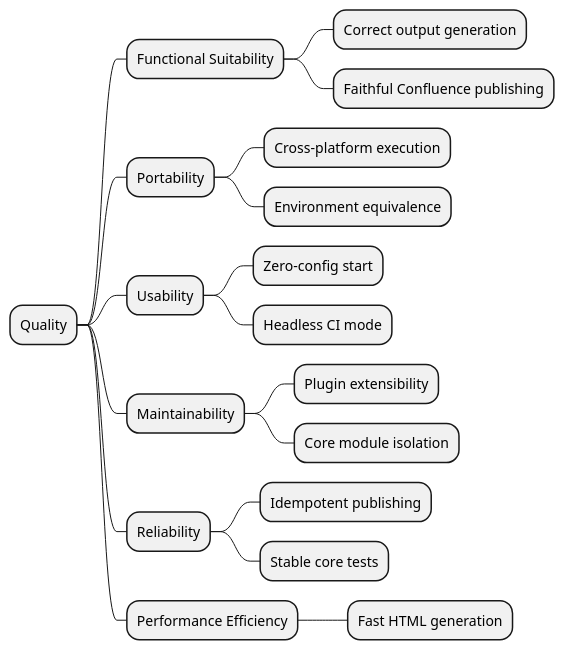
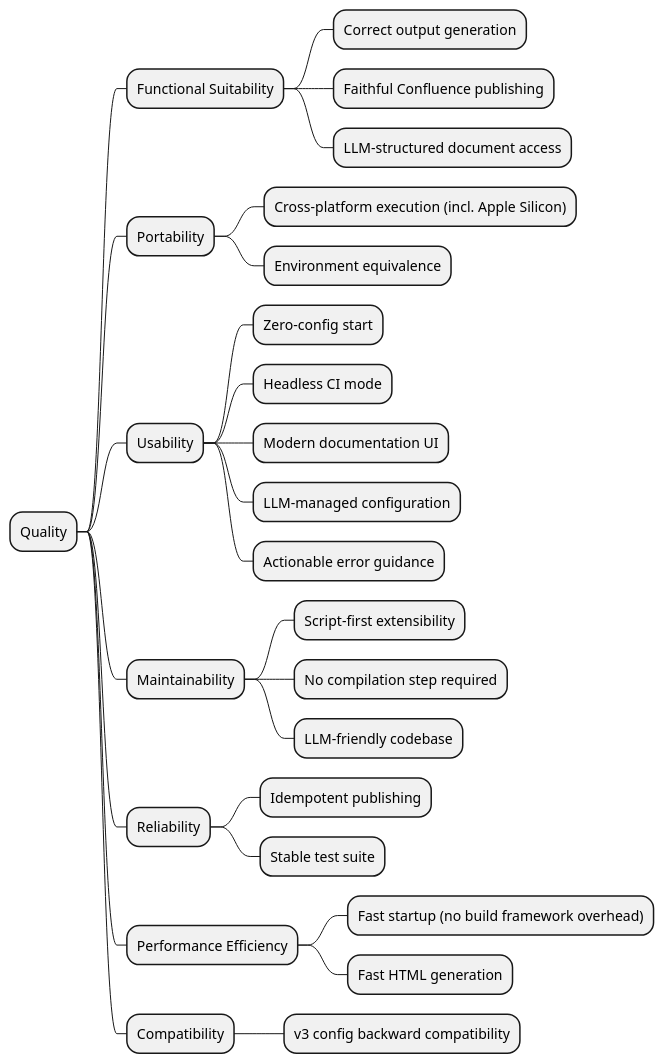
Before and after one commit to raifdmueller/docToolchain: the diagram in src/docs/arc42/chapters/10_quality_requirements.adoc, drawn with PlantUML. The commit also changed other lines of this file and 31 other files, not shown here.

First line of the commit message:
docs: v4 architecture — PRD, specification, ADRs, quality scenarios

```diff
--- a/src/docs/arc42/chapters/10_quality_requirements.adoc
+++ b/src/docs/arc42/chapters/10_quality_requirements.adoc
@@ -24,23 +27,31 @@
 [plantuml,quality-tree,png]
 ----
 @startmindmap
 * Quality
 ** Functional Suitability
 *** Correct output generation
 *** Faithful Confluence publishing
+*** LLM-structured document access
 ** Portability
-*** Cross-platform execution
+*** Cross-platform execution (incl. Apple Silicon)
 *** Environment equivalence
 ** Usability
 *** Zero-config start
 *** Headless CI mode
+*** Modern documentation UI
+*** LLM-managed configuration
+*** Actionable error guidance
 ** Maintainability
-*** Plugin extensibility
-*** Core module isolation
+*** Script-first extensibility
+*** No compilation step required
+*** LLM-friendly codebase
 ** Reliability
 *** Idempotent publishing
-*** Stable core tests
+*** Stable test suite
 ** Performance Efficiency
+*** Fast startup (no build framework overhead)
 *** Fast HTML generation
+** Compatibility
+*** v3 config backward compatibility
 @endmindmap
 ----
```
